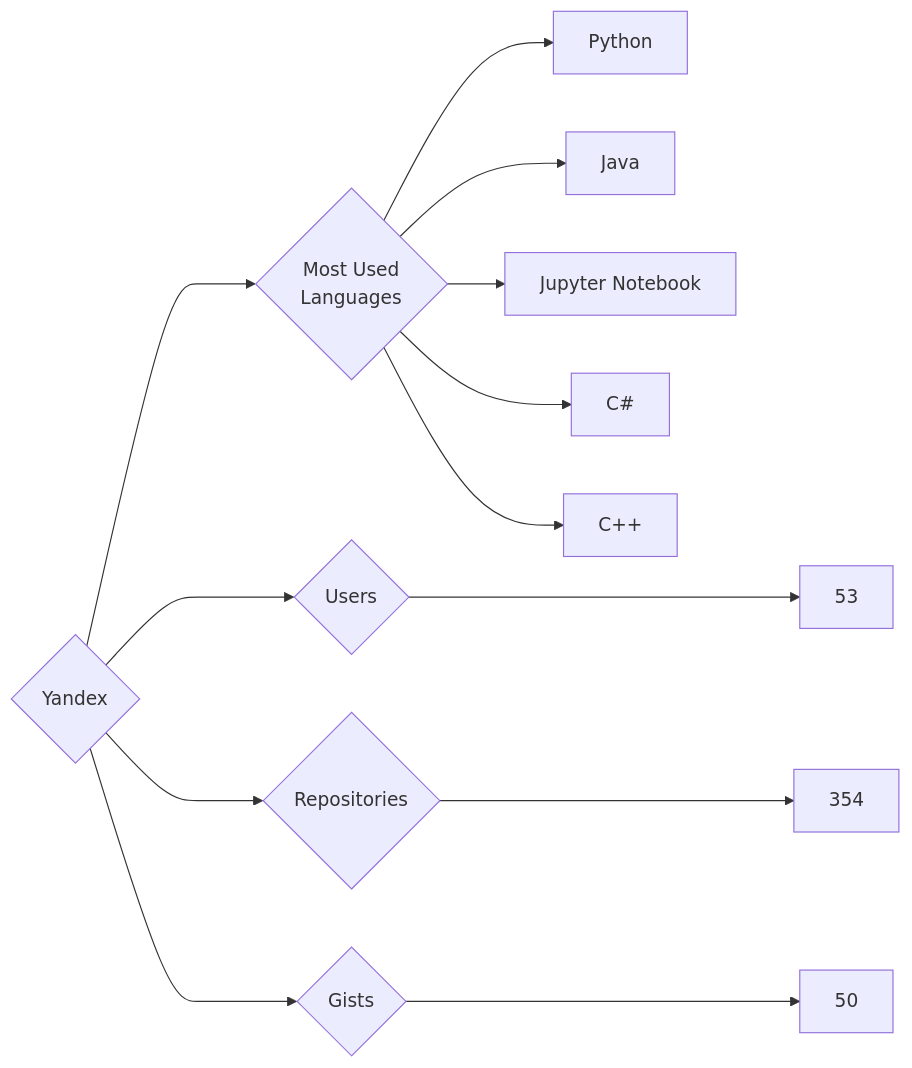
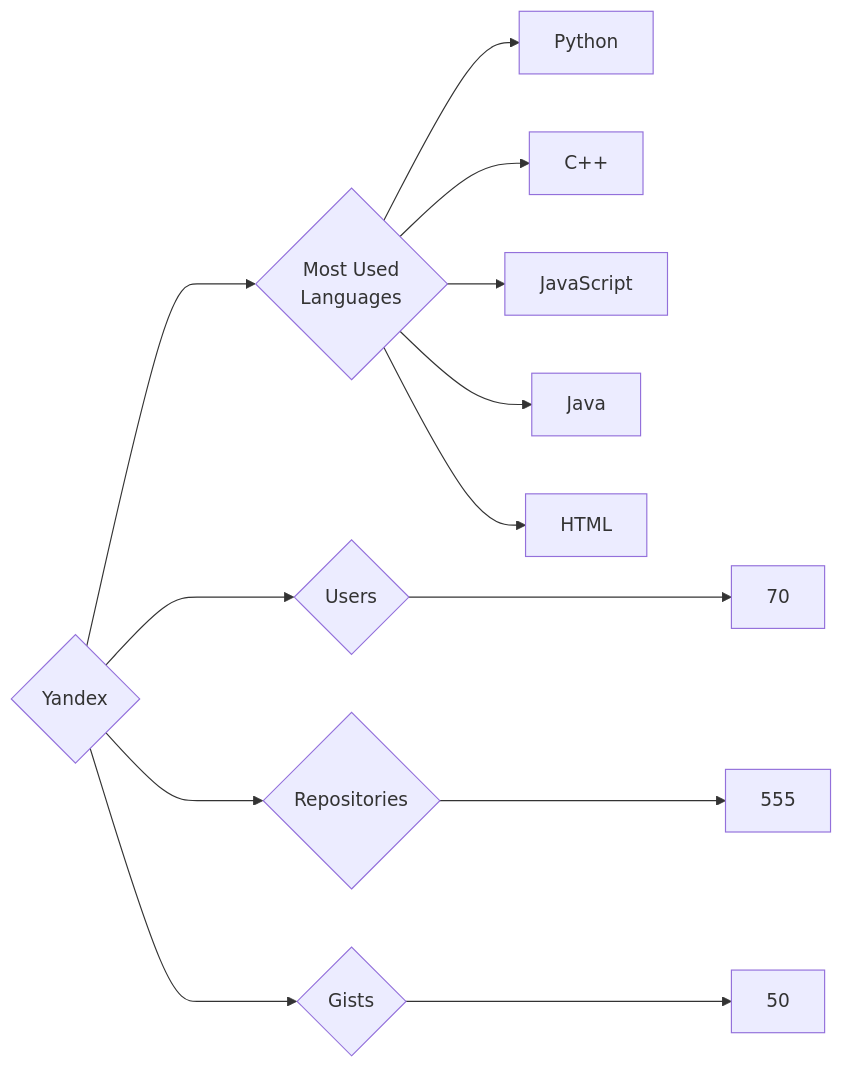
One commit to trickest/insiders changed the diagram in targets/Yandex/README.md. Above: the diagram before and after it, drawn with Mermaid. The commit also changed 748 other files, not shown here.

````diff
--- a/targets/Yandex/README.md
+++ b/targets/Yandex/README.md
@@ -3,13 +3,13 @@
 ```mermaid
 graph LR
 COMPANY_NAME{Yandex}
-COMPANY_NAME ---> U{Users} ---> UN[53]
-COMPANY_NAME ---> R{Repositories} ---> RN[354]
+COMPANY_NAME ---> U{Users} ---> UN[70]
+COMPANY_NAME ---> R{Repositories} ---> RN[555]
 COMPANY_NAME ---> G{Gists} ---> GN[50]
 COMPANY_NAME ---> ML{Most Used<br>Languages}
 ML --> Python[Python]
+ML --> C++[C++]
+ML --> JavaScript[JavaScript]
 ML --> Java[Java]
-ML --> Jupyter_Notebook[Jupyter Notebook]
-ML --> C#[C#]
-ML --> C++[C++]
+ML --> HTML[HTML]
 ```
````
